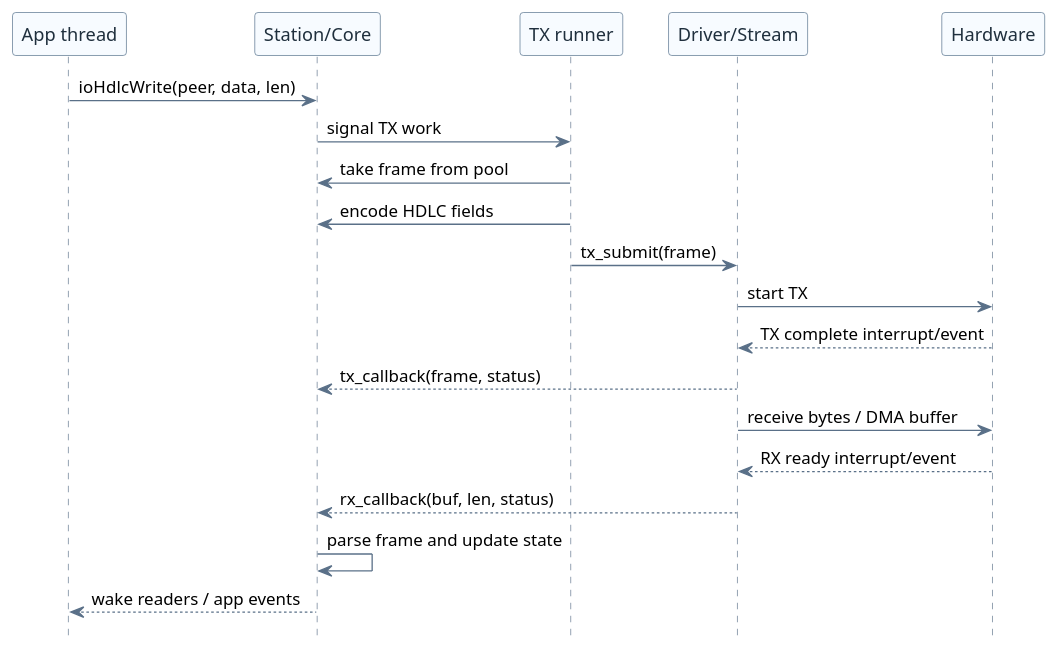
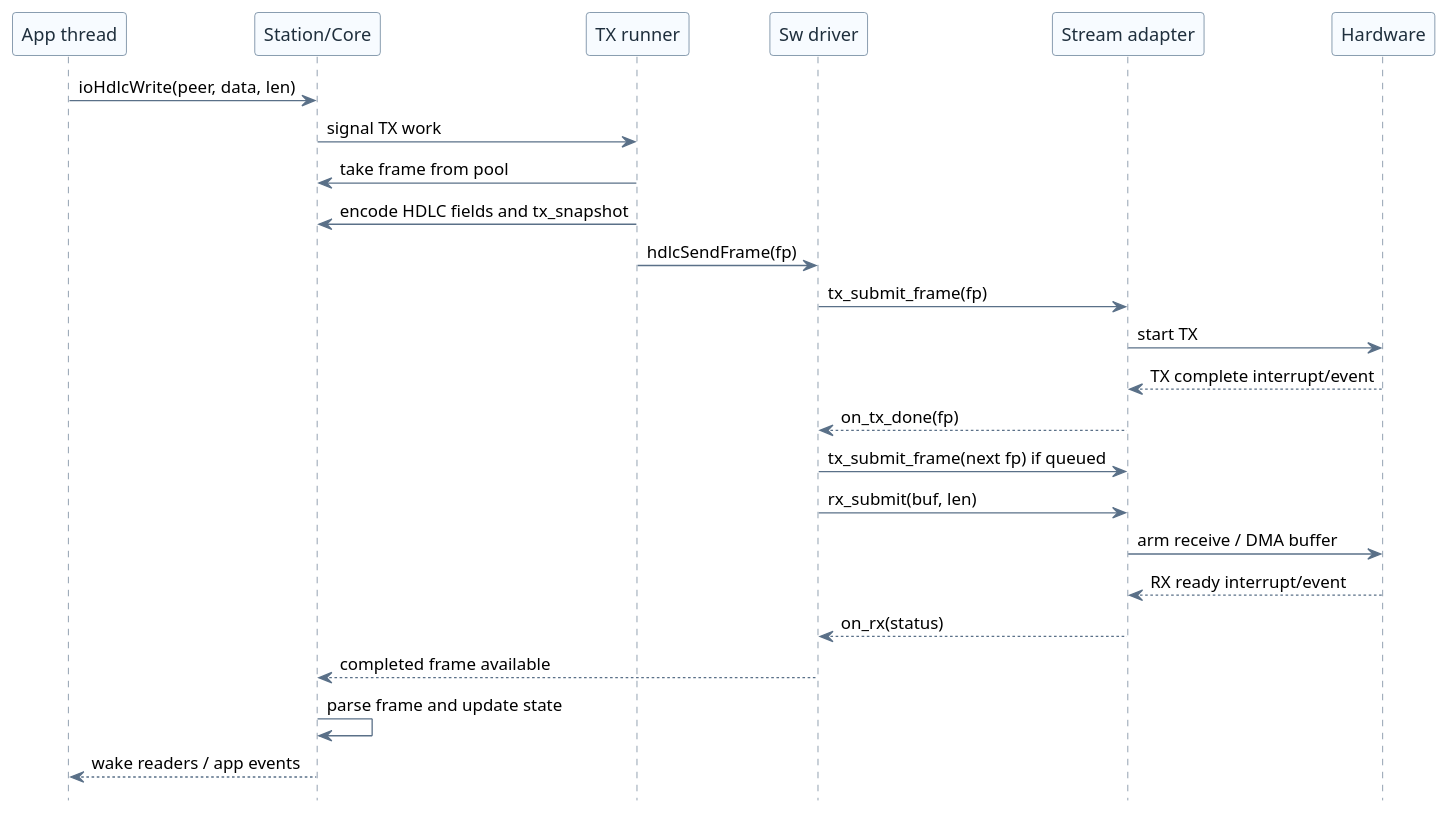
Before and after one commit to chibilogic/ioHdlc: the diagram in doc/diagrams/src/stream_callback_flow.puml, drawn with PlantUML. The commit also changed 50 other files, not shown here.

```diff
--- a/doc/diagrams/src/stream_callback_flow.puml
+++ b/doc/diagrams/src/stream_callback_flow.puml
@@ -1,35 +1,40 @@
 @startuml
 hide footbox
 
 skinparam backgroundColor transparent
 skinparam shadowing false
 skinparam ArrowColor #5a7088
 skinparam SequenceLifeLineBorderColor #5a7088
 skinparam SequenceLifeLineBackgroundColor #f7fbff
 skinparam ParticipantBorderColor #4d6a86
 skinparam ParticipantBackgroundColor #f7fbff
 skinparam ParticipantFontColor #1f2f3d
 skinparam NoteBorderColor #96a7b8
 skinparam NoteBackgroundColor #fffdf3
 
 participant "App thread" as App
 participant "Station/Core" as Core
 participant "TX runner" as Tx
-participant "Driver/Stream" as Drv
+participant "Sw driver" as Drv
+participant "Stream adapter" as Port
 participant Hardware as Hw
 
 App -> Core: ioHdlcWrite(peer, data, len)
 Core -> Tx: signal TX work
 Tx -> Core: take frame from pool
-Tx -> Core: encode HDLC fields
-Tx -> Drv: tx_submit(frame)
-Drv -> Hw: start TX
-Hw --> Drv: TX complete interrupt/event
-Drv --> Core: tx_callback(frame, status)
-Drv -> Hw: receive bytes / DMA buffer
-Hw --> Drv: RX ready interrupt/event
-Drv --> Core: rx_callback(buf, len, status)
+Tx -> Core: encode HDLC fields and tx_snapshot
+Tx -> Drv: hdlcSendFrame(fp)
+Drv -> Port: tx_submit_frame(fp)
+Port -> Hw: start TX
+Hw --> Port: TX complete interrupt/event
+Port --> Drv: on_tx_done(fp)
+Drv -> Port: tx_submit_frame(next fp) if queued
+Drv -> Port: rx_submit(buf, len)
+Port -> Hw: arm receive / DMA buffer
+Hw --> Port: RX ready interrupt/event
+Port --> Drv: on_rx(status)
+Drv --> Core: completed frame available
 Core -> Core: parse frame and update state
 Core --> App: wake readers / app events
 
 @enduml
```
